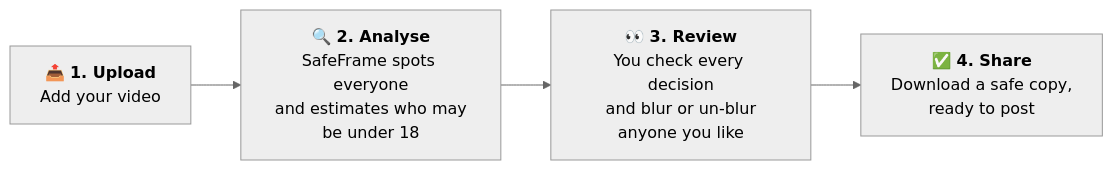
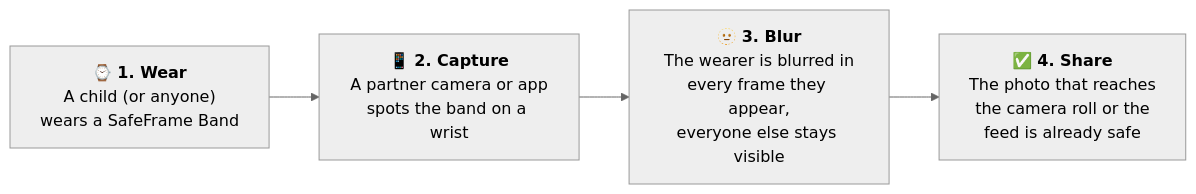
The diagram in README.md (issamarida/safeframe), drawn with Mermaid (neutral theme) before and after one commit. The commit also changed other lines of this file and 1 other file, not shown here.

First line of the commit message:
docs: rewrite the README around the SafeFrame Band

````diff
--- a/README.md
+++ b/README.md
@@ -82,6 +75,6 @@
 ```mermaid
 flowchart LR
-    A["📤 <b>1. Upload</b><br/>Add your video"] --> B["🔍 <b>2. Analyse</b><br/>SafeFrame spots everyone<br/>and estimates who may<br/>be under 18"]
-    B --> C["👀 <b>3. Review</b><br/>You check every decision<br/>and blur or un-blur<br/>anyone you like"]
-    C --> D["✅ <b>4. Share</b><br/>Download a safe copy,<br/>ready to post"]
+    A["⌚ <b>1. Wear</b><br/>A child (or anyone)<br/>wears a SafeFrame Band"] --> B["📱 <b>2. Capture</b><br/>A partner camera or app<br/>spots the band on a wrist"]
+    B --> C["🫥 <b>3. Blur</b><br/>The wearer is blurred in<br/>every frame they appear,<br/>everyone else stays visible"]
+    C --> D["✅ <b>4. Share</b><br/>The photo that reaches<br/>the camera roll or the<br/>feed is already safe"]
 ```
````
